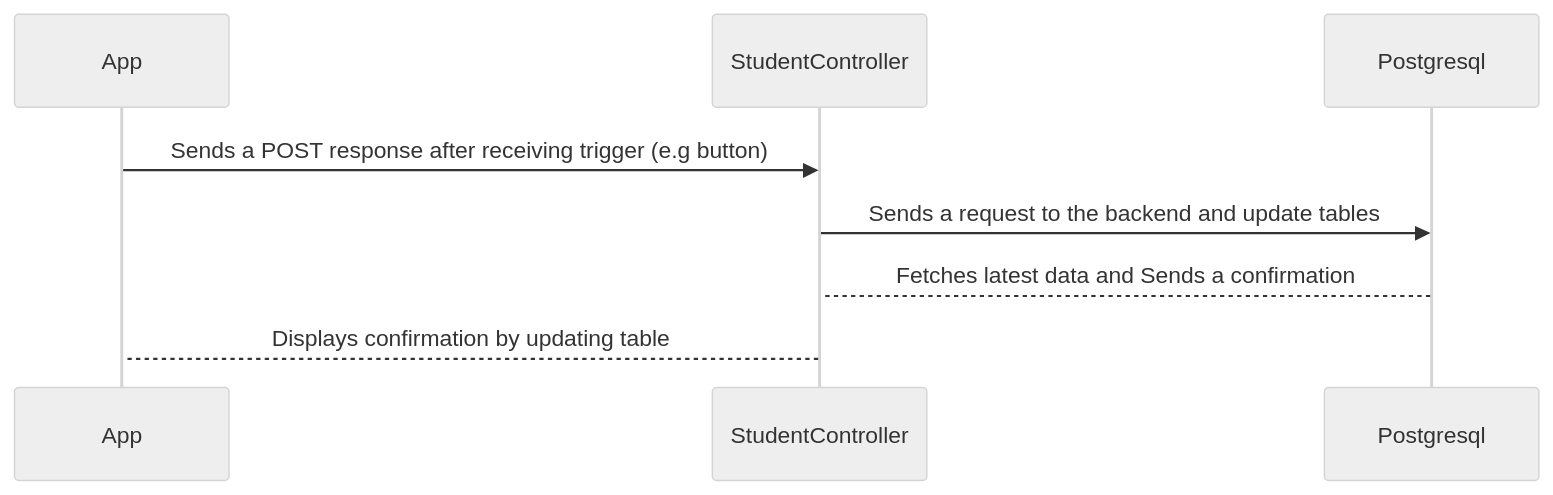
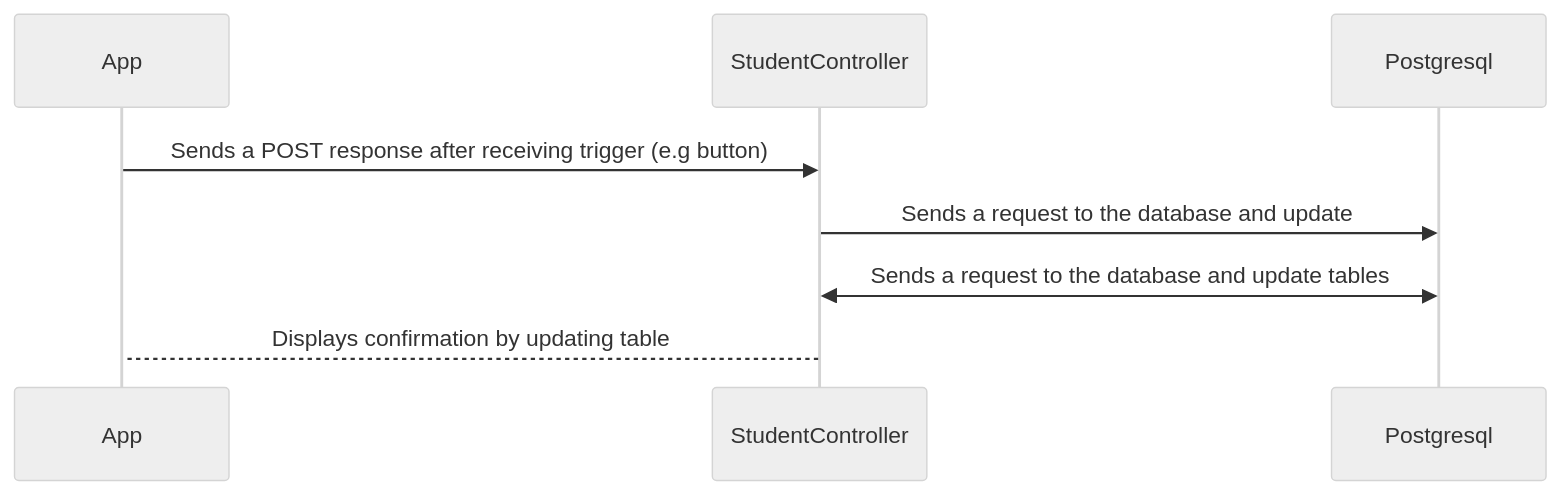
Before and after one commit to kxs-codes/zalk: the second of 2 diagrams in documentation/guides/full-connection.md, drawn with Mermaid (neutral theme). The commit also changed other lines of this file and 1 other file, not shown here.

````diff
--- a/documentation/guides/full-connection.md
+++ b/documentation/guides/full-connection.md
@@ -44,12 +46,12 @@
 ```mermaid
 sequenceDiagram
     participant App
     participant StudentController
     participant Postgresql
     
    App ->> StudentController: Sends a POST response after receiving trigger (e.g button)
-   StudentController ->> Postgresql: Sends a request to the backend and update tables
-   Postgresql --> StudentController: Fetches latest data and Sends a confirmation
+   StudentController ->> Postgresql: Sends a request to the database and update
+   Postgresql <<->> StudentController: Sends a request to the database and update tables
    StudentController --> App: Displays confirmation by updating table 
     
 ```
````
